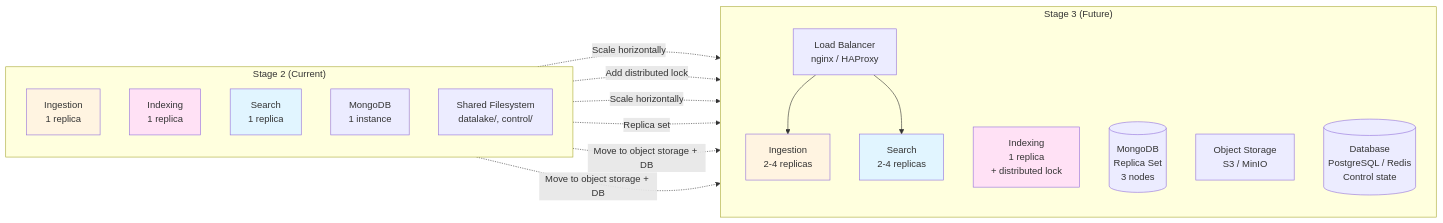
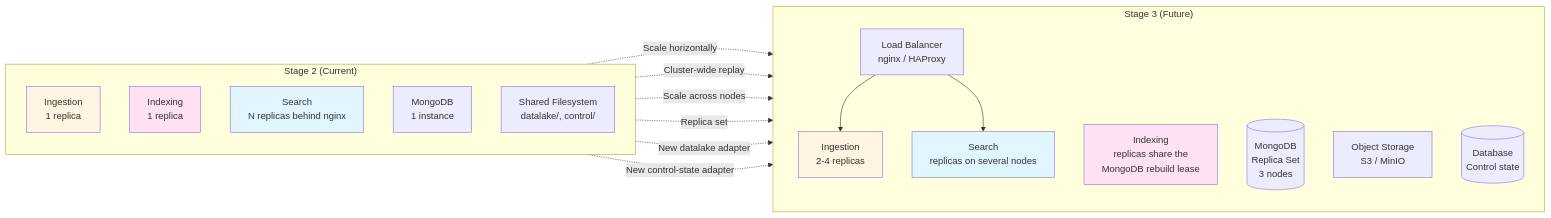
One commit to bigdata-devs/stage_2 changed the seventh of 7 diagrams in docs/architecture.md. Above: the diagram before and after it, drawn with Mermaid. The commit also changed other lines of this file and 3 other files, not shown here.

````diff
--- a/docs/architecture.md
+++ b/docs/architecture.md
@@ -245,39 +386,39 @@
 ```mermaid
 graph LR
     subgraph "Stage 2 (Current)"
         direction TB
         S2_Ingestion[Ingestion<br/>1 replica]
         S2_Indexing[Indexing<br/>1 replica]
-        S2_Search[Search<br/>1 replica]
+        S2_Search[Search<br/>N replicas behind nginx]
         S2_Mongo[MongoDB<br/>1 instance]
         S2_FS[Shared Filesystem<br/>datalake/, control/]
     end
-    
+
     subgraph "Stage 3 (Future)"
         direction TB
         S3_LB[Load Balancer<br/>nginx / HAProxy]
         S3_Ingestion[Ingestion<br/>2-4 replicas]
-        S3_Indexing[Indexing<br/>1 replica<br/>+ distributed lock]
-        S3_Search[Search<br/>2-4 replicas]
+        S3_Indexing[Indexing<br/>replicas share the<br/>MongoDB rebuild lease]
+        S3_Search[Search<br/>replicas on several nodes]
         S3_Mongo[(MongoDB<br/>Replica Set<br/>3 nodes)]
         S3_Object[Object Storage<br/>S3 / MinIO]
-        S3_DB[(Database<br/>PostgreSQL / Redis<br/>Control state)]
+        S3_DB[(Database<br/>Control state)]
     end
-    
+
     S2_Ingestion -.->|Scale horizontally| S3_Ingestion
-    S2_Indexing -.->|Add distributed lock| S3_Indexing
-    S2_Search -.->|Scale horizontally| S3_Search
+    S2_Indexing -.->|Cluster-wide replay| S3_Indexing
+    S2_Search -.->|Scale across nodes| S3_Search
     S2_Mongo -.->|Replica set| S3_Mongo
-    S2_FS -.->|Move to object storage + DB| S3_Object
-    S2_FS -.->|Move to object storage + DB| S3_DB
-    
+    S2_FS -.->|New datalake adapter| S3_Object
+    S2_FS -.->|New control-state adapter| S3_DB
+
     S3_LB --> S3_Ingestion
     S3_LB --> S3_Search
-    
+
     style S2_Ingestion fill:#fff4e1
     style S2_Indexing fill:#ffe1f5
     style S2_Search fill:#e1f5ff
     style S3_Ingestion fill:#fff4e1
     style S3_Indexing fill:#ffe1f5
     style S3_Search fill:#e1f5ff
 ```
````
